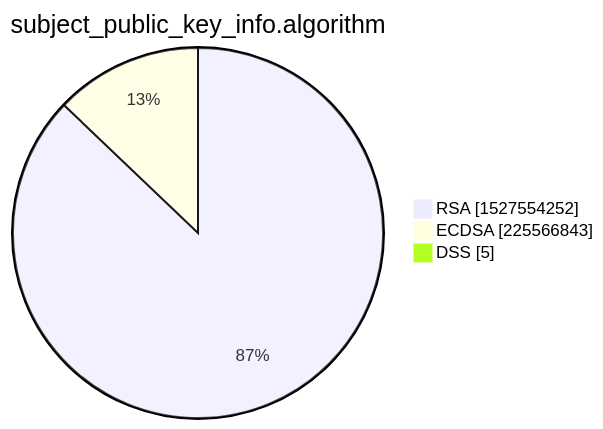
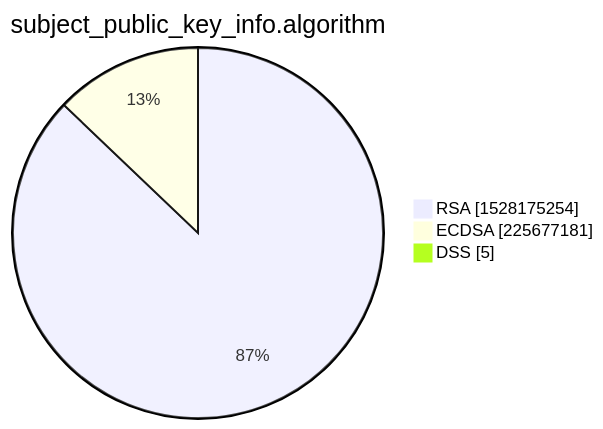
One commit to christiankrug/ctmonitor_visualization changed the third of 15 diagrams in xenon2022/README.md. Above: the diagram before and after it, drawn with Mermaid. The commit also changed other lines of this file, not shown here.

````diff
--- a/xenon2022/README.md
+++ b/xenon2022/README.md
@@ -14,7 +14,7 @@
 ```mermaid
 pie showData
 title subject_public_key_info.algorithm
-"RSA" :1527554252
-"ECDSA" :225566843
+"RSA" :1528175254
+"ECDSA" :225677181
 "DSS" :5
 ```
````
